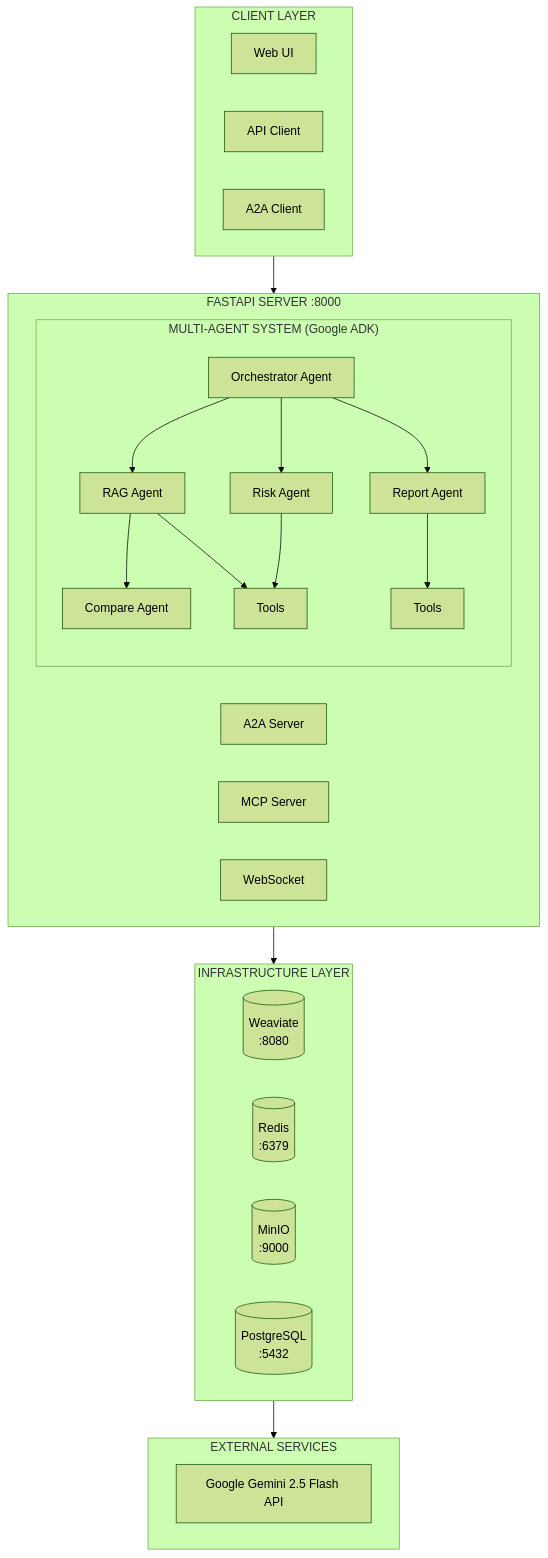
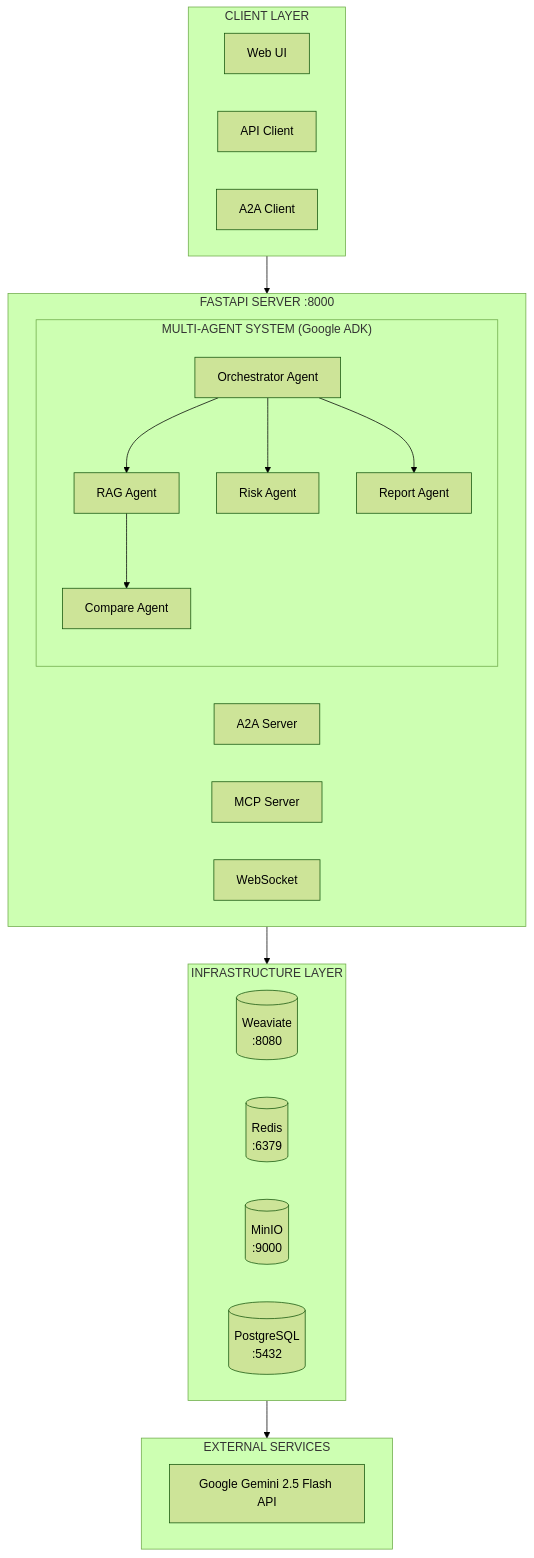
One commit to TejaswiMahapatra/kaggle-capstone-contractguard changed the first of 2 diagrams in README.md. Above: the diagram before and after it, drawn with Mermaid (forest theme). The commit also changed other lines of this file and 28 other files, not shown here.

````diff
--- a/README.md
+++ b/README.md
@@ -27,45 +62,40 @@
 ```mermaid
 flowchart TB
     subgraph CLIENT["CLIENT LAYER"]
         WebUI[Web UI]
         API[API Client]
         A2A[A2A Client]
     end
 
     subgraph SERVER["FASTAPI SERVER :8000"]
         subgraph AGENTS["MULTI-AGENT SYSTEM (Google ADK)"]
             ORCH[Orchestrator Agent]
             RAG[RAG Agent]
             RISK[Risk Agent]
             REPORT[Report Agent]
             COMPARE[Compare Agent]
-            TOOLS1[Tools]
-            TOOLS2[Tools]
         end
         A2ASVR[A2A Server]
         MCP[MCP Server]
         WS[WebSocket]
     end
 
     subgraph INFRA["INFRASTRUCTURE LAYER"]
-        WEAVIATE[(Weaviate\n:8080)]
-        REDIS[(Redis\n:6379)]
-        MINIO[(MinIO\n:9000)]
-        POSTGRES[(PostgreSQL\n:5432)]
+        WEAVIATE[(Weaviate<br>:8080)]
+        REDIS[(Redis<br>:6379)]
+        MINIO[(MinIO<br>:9000)]
+        POSTGRES[(PostgreSQL<br>:5432)]
     end
 
     subgraph EXTERNAL["EXTERNAL SERVICES"]
         GEMINI[Google Gemini 2.5 Flash API]
     end
 
     CLIENT --> SERVER
     ORCH --> RAG
     ORCH --> RISK
     ORCH --> REPORT
     RAG --> COMPARE
-    RAG --> TOOLS1
-    RISK --> TOOLS1
-    REPORT --> TOOLS2
     SERVER --> INFRA
     INFRA --> EXTERNAL
 ```
````
